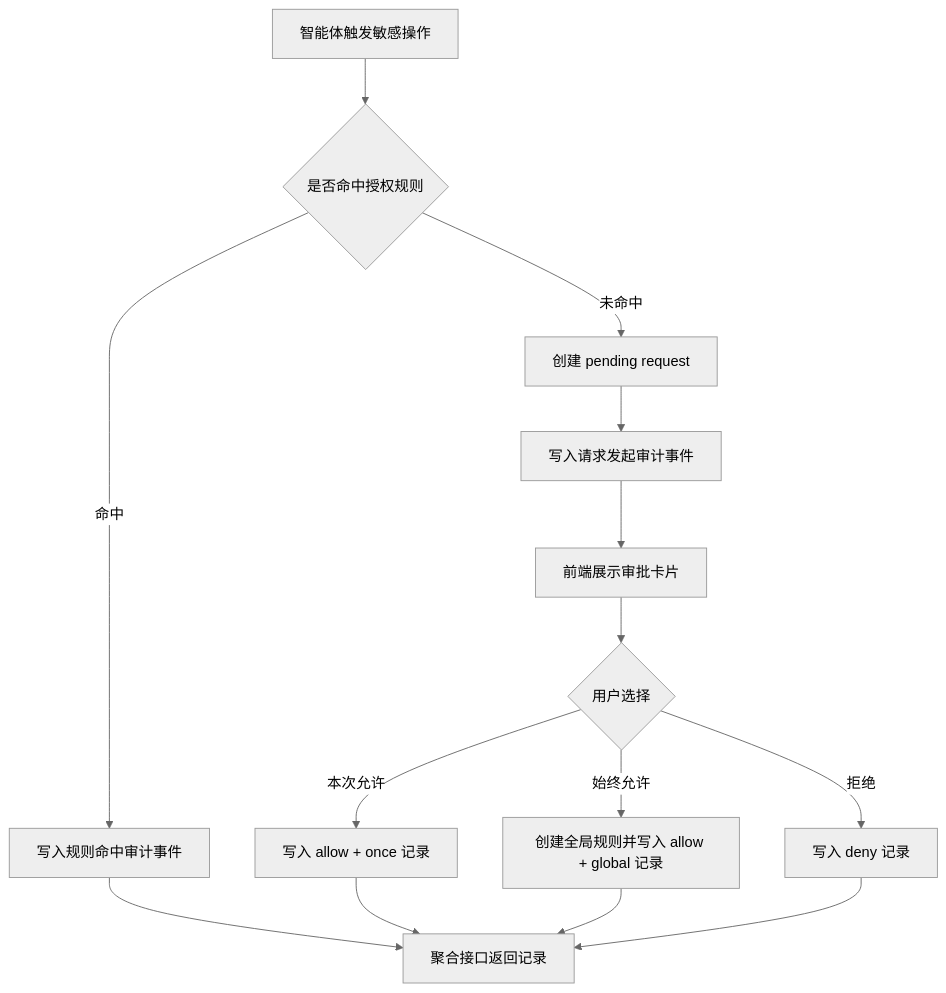
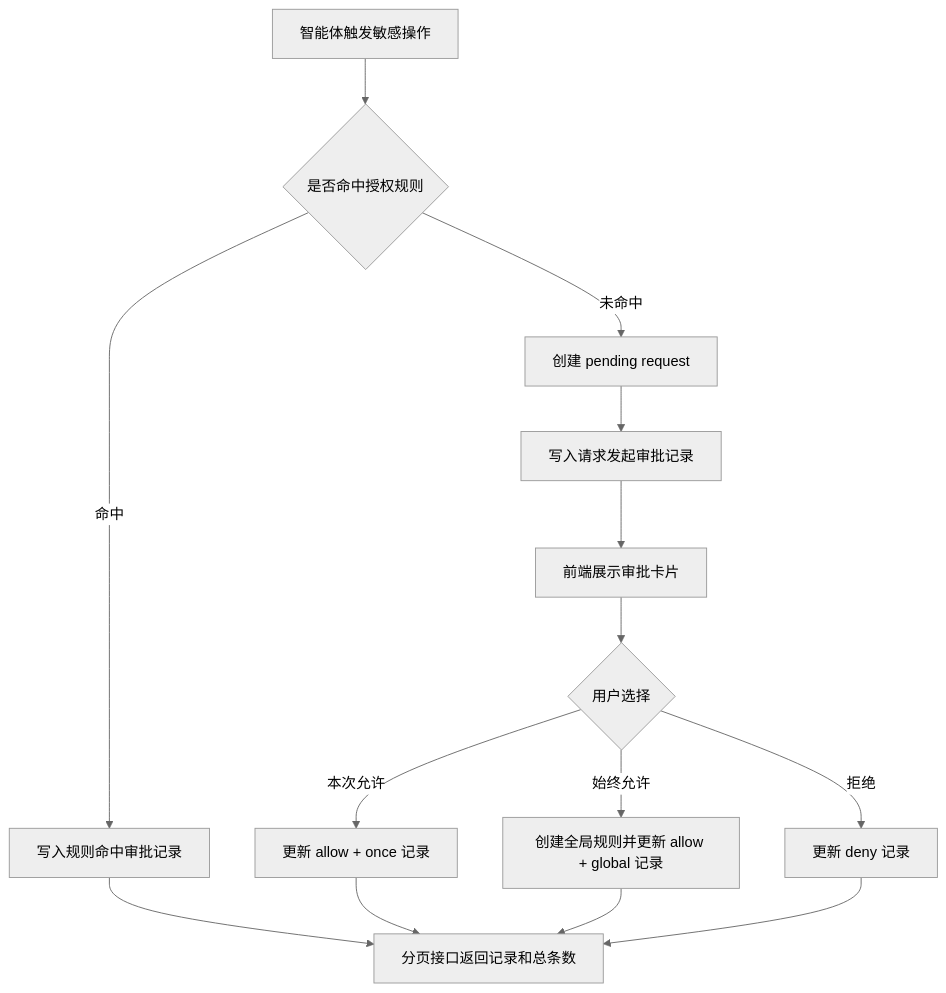
One commit to henshoudaji/clowder-ai changed the first of 5 diagrams in docs/new_design/2026-05-15-security-approval-records-design.md. Above: the diagram before and after it, drawn with Mermaid (neutral theme). The commit also changed other lines of this file, not shown here.

````diff
--- a/docs/new_design/2026-05-15-security-approval-records-design.md
+++ b/docs/new_design/2026-05-15-security-approval-records-design.md
@@ -432,16 +547,16 @@
 ```mermaid
 flowchart TD
   A["智能体触发敏感操作"] --> B{"是否命中授权规则"}
-  B -- "命中" --> C["写入规则命中审计事件"]
+  B -- "命中" --> C["写入规则命中审批记录"]
   B -- "未命中" --> D["创建 pending request"]
-  D --> E["写入请求发起审计事件"]
+  D --> E["写入请求发起审批记录"]
   E --> F["前端展示审批卡片"]
   F --> G{"用户选择"}
-  G -- "本次允许" --> H["写入 allow + once 记录"]
-  G -- "始终允许" --> I["创建全局规则并写入 allow + global 记录"]
-  G -- "拒绝" --> J["写入 deny 记录"]
-  C --> K["聚合接口返回记录"]
+  G -- "本次允许" --> H["更新 allow + once 记录"]
+  G -- "始终允许" --> I["创建全局规则并更新 allow + global 记录"]
+  G -- "拒绝" --> J["更新 deny 记录"]
+  C --> K["分页接口返回记录和总条数"]
   H --> K
   I --> K
   J --> K
 ```
````
